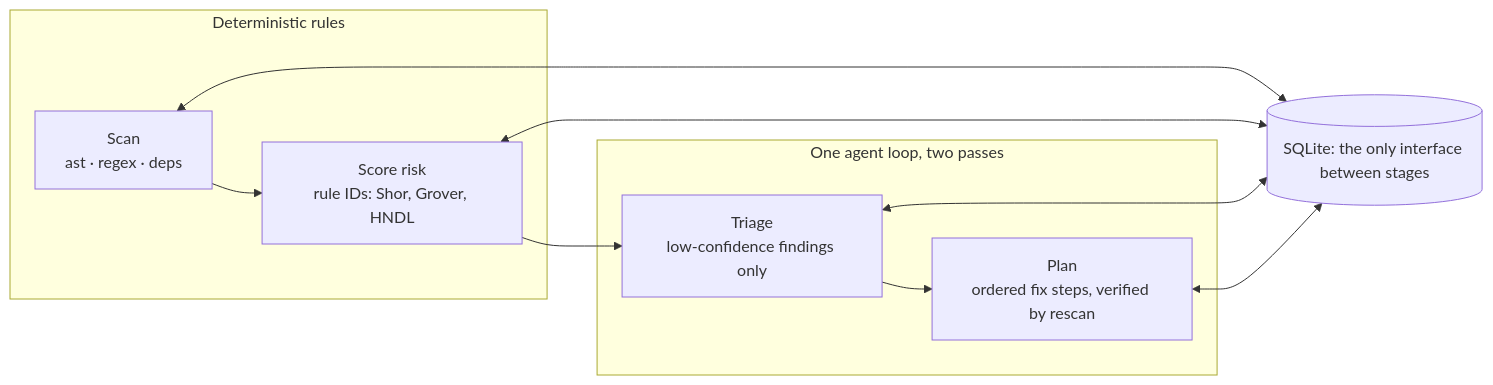
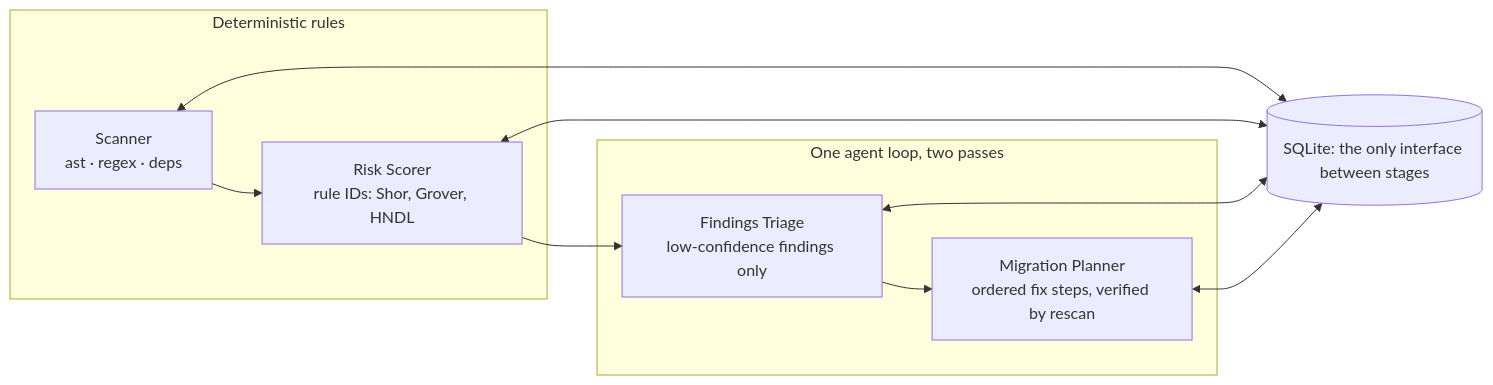
One commit to JacobProwse/Agentic-Migration-Adviser changed the diagram in README.md. Above: the diagram before and after it, drawn with Mermaid. The commit also changed other lines of this file, not shown here.

Commit message:
docs: removed sqlite schema and fixed naming inconsistencies

````diff
--- a/README.md
+++ b/README.md
@@ -17,15 +17,15 @@
 ```mermaid
 flowchart LR
     subgraph rules [Deterministic rules]
-        S[Scan<br/>ast · regex · deps] --> R[Score risk<br/>rule IDs: Shor, Grover, HNDL]
+        S[Scanner<br/>ast · regex · deps] --> R[Risk Scorer<br/>rule IDs: Shor, Grover, HNDL]
     end
     subgraph agent [One agent loop, two passes]
-        T[Triage<br/>low-confidence findings only] --> P[Plan<br/>ordered fix steps, verified by rescan]
+        T[Findings Triage<br/>low-confidence findings only] --> P[Migration Planner<br/>ordered fix steps, verified by rescan]
     end
     R --> T
     DB[(SQLite: the only interface between stages)]
     S <--> DB
     R <--> DB
     T <--> DB
     P <--> DB
 ```
````
